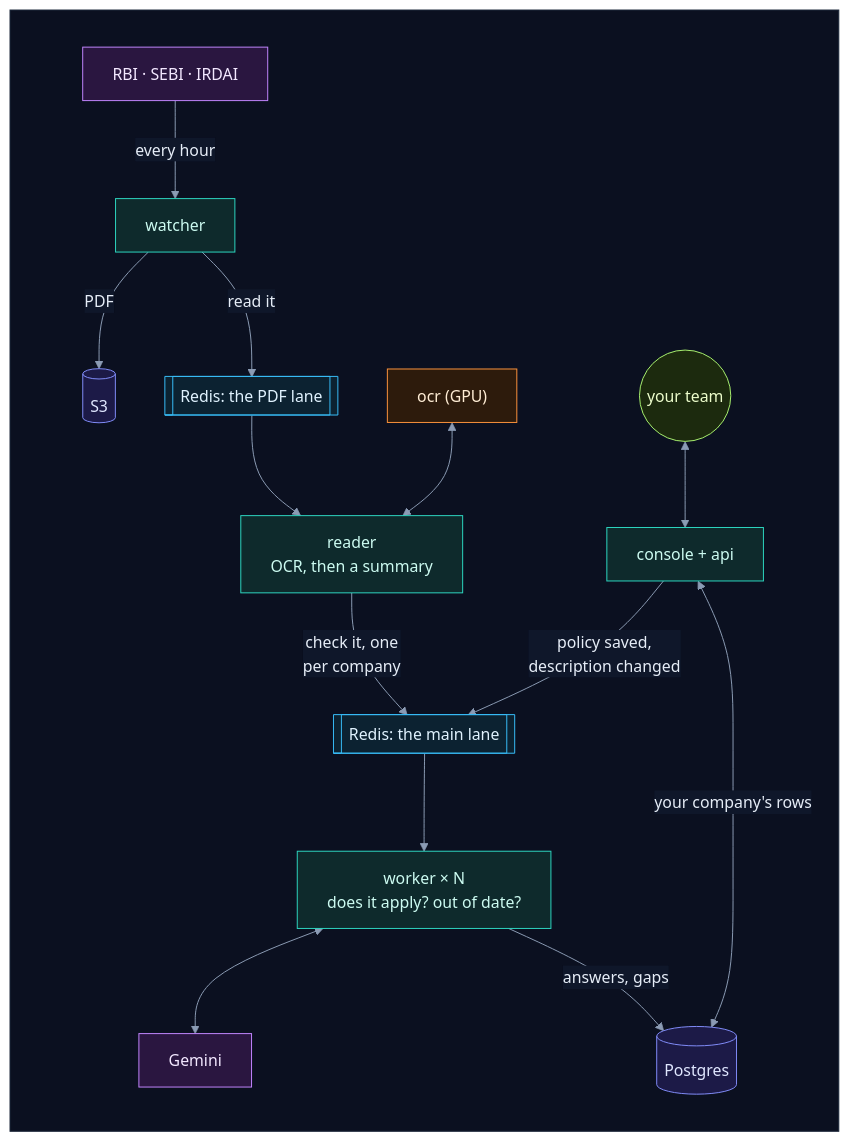
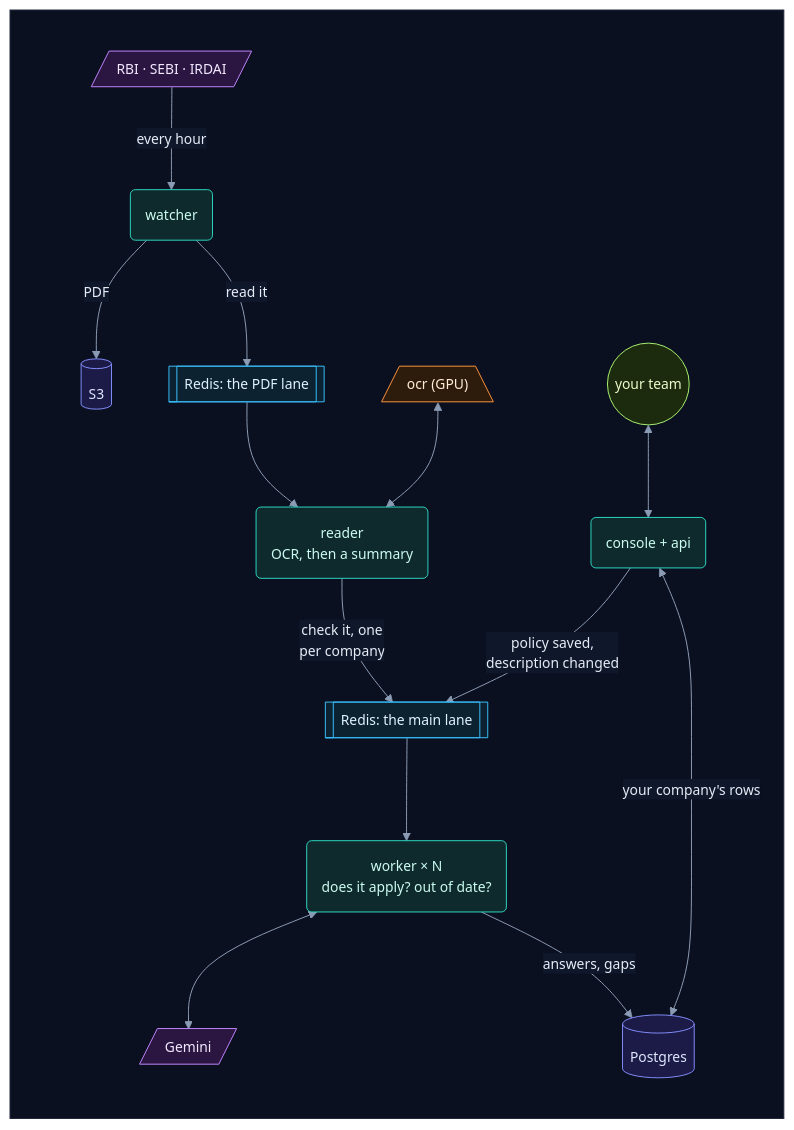
One commit to selvakumarperumal/Regulatory_Circular_Impact_Agent changed the first of 8 diagrams in system_overview.md. Above: the diagram before and after it, drawn with Mermaid. The commit also changed other lines of this file and 5 other files, not shown here.

Commit message:
Give the docs' flowcharts a shape per kind of part, more room and slightly smaller text

````diff
--- a/system_overview.md
+++ b/system_overview.md
@@ -42,36 +42,36 @@
 ```mermaid
-%%{init: {"theme": "base", "flowchart": {"diagramPadding": 0}, "themeVariables": {"darkMode": true, "primaryColor": "#16213a", "primaryTextColor": "#e6edf7", "primaryBorderColor": "#475a7a", "lineColor": "#8b9bb4", "secondaryColor": "#1b2436", "tertiaryColor": "#101a2e", "edgeLabelBackground": "#0f172a", "textColor": "#e2e8f0", "clusterBkg": "#0f1728", "clusterBorder": "#2b3a55", "titleColor": "#c4b5fd", "nodeTextColor": "#e6edf7"}}}%%
+%%{init: {"theme": "base", "flowchart": {"diagramPadding": 0, "nodeSpacing": 58, "rankSpacing": 58, "curve": "basis"}, "themeVariables": {"fontSize": "14px", "darkMode": true, "primaryColor": "#16213a", "primaryTextColor": "#e6edf7", "primaryBorderColor": "#475a7a", "lineColor": "#8b9bb4", "secondaryColor": "#1b2436", "tertiaryColor": "#101a2e", "edgeLabelBackground": "#0f172a", "textColor": "#e2e8f0", "clusterBkg": "#0f1728", "clusterBorder": "#2b3a55", "titleColor": "#c4b5fd", "nodeTextColor": "#e6edf7"}}}%%
 flowchart TD
     subgraph canvas[" "]
         direction TB
-        sites["RBI · SEBI · IRDAI"] -->|"every hour"| W["watcher"]
+        sites[/"RBI · SEBI · IRDAI"/] -->|"every hour"| W("watcher")
         W -->|"PDF"| S3[("S3")]
         W -->|"read it"| P[["Redis: the PDF lane"]]
-        P --> R["reader<br/>OCR, then a summary"]
-        O["ocr (GPU)"] <--> R
+        P --> R("reader<br/>OCR, then a summary")
+        O[/"ocr (GPU)"\] <--> R
         R -->|"check it, one<br/>per company"| M[["Redis: the main lane"]]
-        U(("your team")) <--> C["console + api"]
+        U(("your team")) <--> C("console + api")
         C -->|"policy saved,<br/>description changed"| M
-        M --> K["worker × N<br/>does it apply? out of date?"]
-        K <--> G["Gemini"]
+        M --> K("worker × N<br/>does it apply? out of date?")
+        K <--> G[/"Gemini"/]
         K -->|"answers, gaps"| DB[("Postgres")]
         C <-->|"your company's rows"| DB
     end
     classDef svc fill:#0e2a2c,stroke:#2dd4bf,color:#ccfbf1
     classDef data fill:#1c1a47,stroke:#818cf8,color:#e0e7ff
     classDef ext fill:#2a1640,stroke:#c084fc,color:#f3e8ff
     classDef gpu fill:#2d1b0c,stroke:#fb923c,color:#ffedd5
     classDef ask fill:#2a2410,stroke:#fbbf24,color:#fef3c7
     classDef ok fill:#0b2a1c,stroke:#34d399,color:#d1fae5
     classDef bad fill:#2e0f17,stroke:#fb7185,color:#ffe4e6
     classDef start fill:#1c2a0e,stroke:#a7ef6f,color:#ecfccb
     classDef muted fill:#1a2130,stroke:#64748b,color:#cbd5e1
     classDef queue fill:#0c2231,stroke:#38bdf8,color:#e0f2fe
     class W,R,K,C svc
     class S3,DB data
     class P,M queue
     class sites,G ext
     class O gpu
     class U start
     style canvas fill:#0b1020,stroke:#1e293b,color:#0b1020
 ```
````
